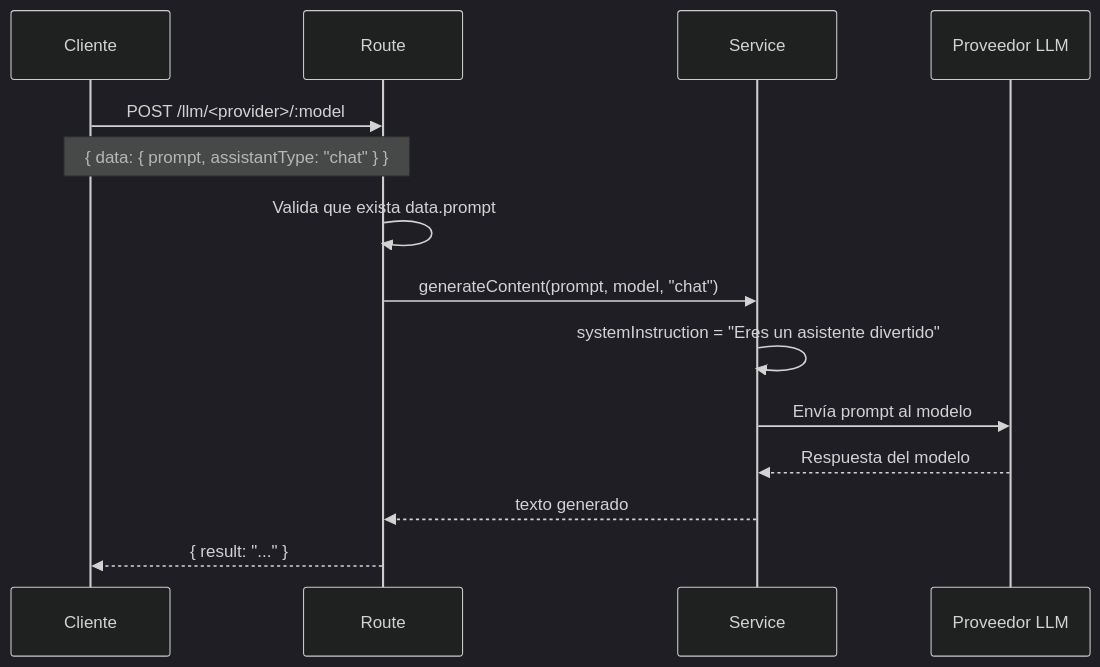
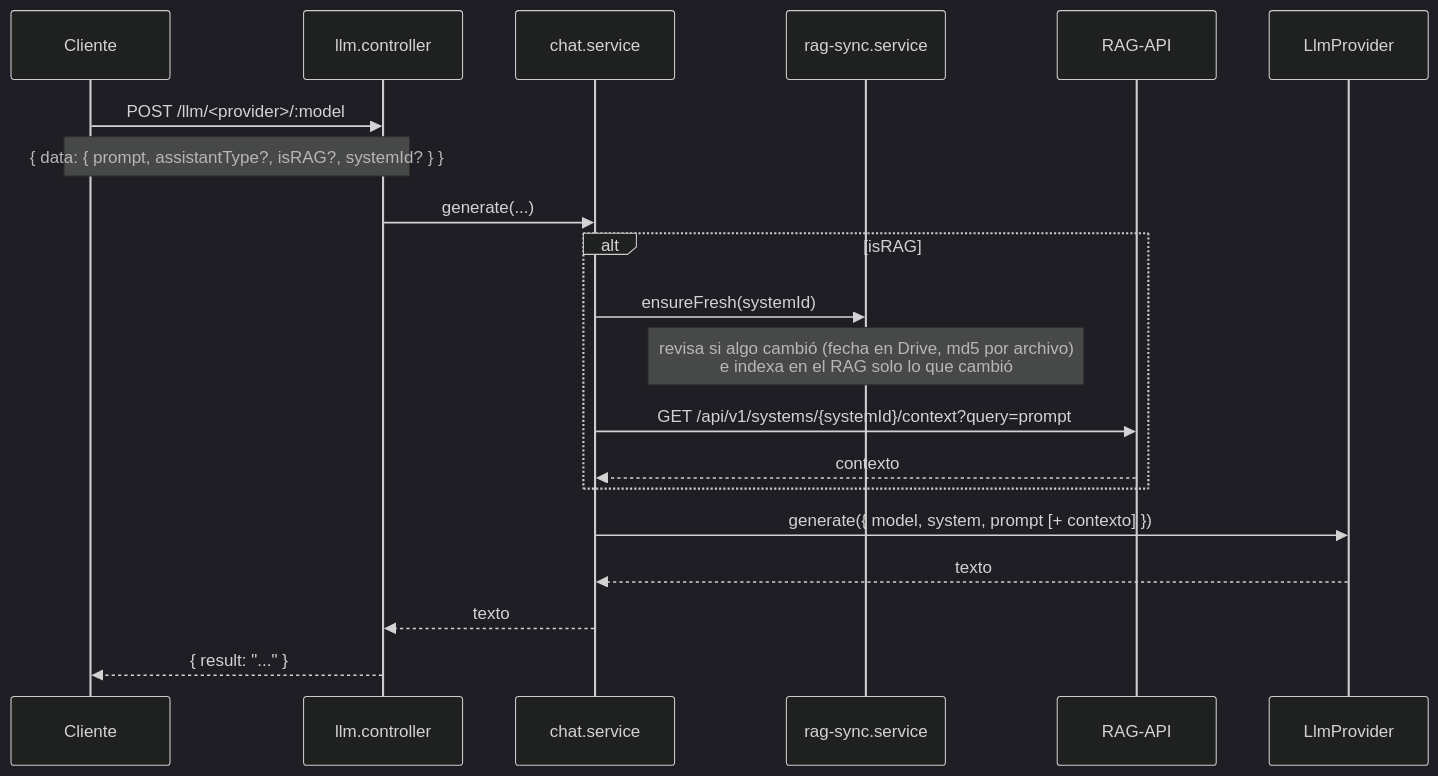
Before and after one commit to jonnattangc/llms-api: the second of 2 diagrams in README.md, drawn with Mermaid (dark theme). The commit also changed other lines of this file and 37 other files, not shown here.

Commit message:
Mejoras para comunicación con api-rag

````diff
--- a/README.md
+++ b/README.md
@@ -75,17 +63,23 @@
 ```mermaid
 sequenceDiagram
     participant C as Cliente
-    participant R as Route
-    participant S as Service
-    participant P as Proveedor LLM
+    participant Ctrl as llm.controller
+    participant Chat as chat.service
+    participant Sync as rag-sync.service
+    participant RAG as RAG-API
+    participant P as LlmProvider
 
-    C->>R: POST /llm/<provider>/:model
-    Note over C,R: { data: { prompt, assistantType: "chat" } }
-    R->>R: Valida que exista data.prompt
-    R->>S: generateContent(prompt, model, "chat")
-    S->>S: systemInstruction = "Eres un asistente divertido"
-    S->>P: Envía prompt al modelo
-    P-->>S: Respuesta del modelo
-    S-->>R: texto generado
-    R-->>C: { result: "..." }
+    C->>Ctrl: POST /llm/<provider>/:model
+    Note over C,Ctrl: { data: { prompt, assistantType?, isRAG?, systemId? } }
+    Ctrl->>Chat: generate(...)
+    alt isRAG
+        Chat->>Sync: ensureFresh(systemId)
+        Note over Sync: revisa si algo cambió (fecha en Drive, md5 por archivo)<br/>e indexa en el RAG solo lo que cambió
+        Chat->>RAG: GET /api/v1/systems/{systemId}/context?query=prompt
+        RAG-->>Chat: contexto
+    end
+    Chat->>P: generate({ model, system, prompt [+ contexto] })
+    P-->>Chat: texto
+    Chat-->>Ctrl: texto
+    Ctrl-->>C: { result: "..." }
 ```
````
